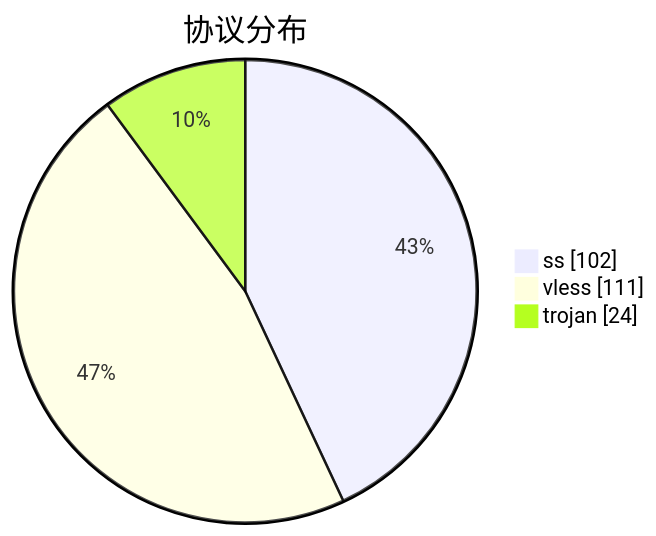
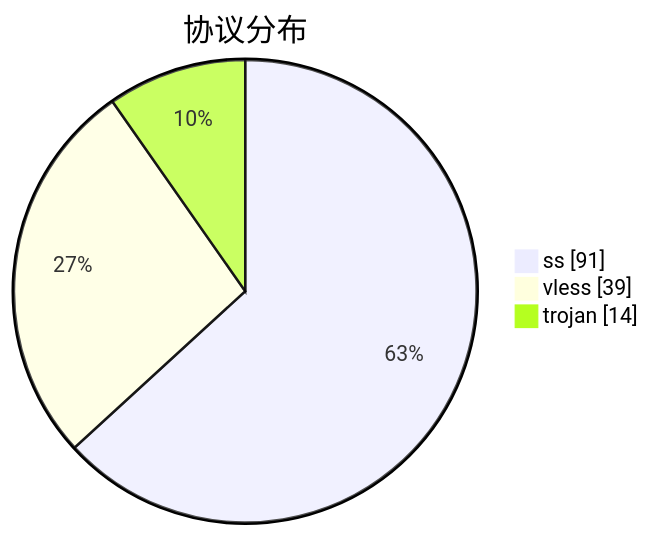
Before and after one commit to qjlxg/airport: the third of 3 diagrams in subs/statistics/tested_within.md, drawn with Mermaid. The commit also changed other lines of this file and 2 other files, not shown here.

````diff
--- a/subs/statistics/tested_within.md
+++ b/subs/statistics/tested_within.md
@@ -38,7 +29,7 @@
 ```mermaid
 pie showData
 title 协议分布
-"ss" : 102
-"vless" : 111
-"trojan" : 24
+"ss" : 91
+"vless" : 39
+"trojan" : 14
 ```
````
